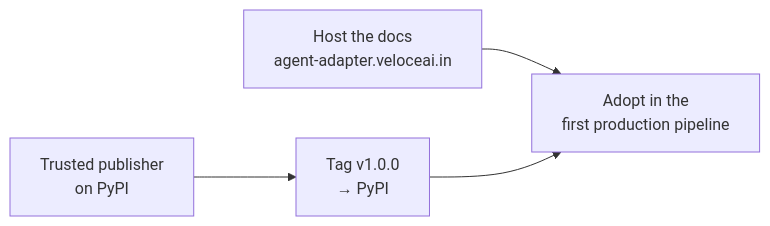
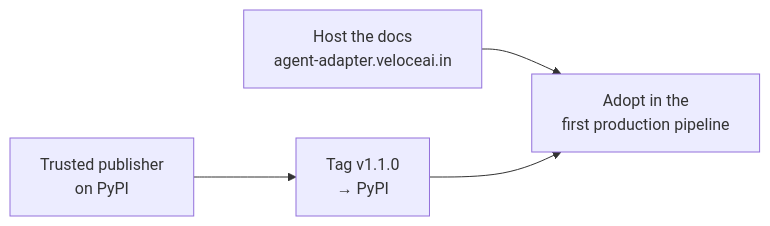
Before and after one commit to VeloceAI/agent-adapter: the diagram in NEXT_STEPS.md, drawn with Mermaid. The commit also changed other lines of this file and 654 other files, not shown here.

````diff
--- a/NEXT_STEPS.md
+++ b/NEXT_STEPS.md
@@ -7,6 +7,6 @@
 ```mermaid
 flowchart LR
-  T["Trusted publisher<br/>on PyPI"] --> P["Tag v1.0.0<br/>→ PyPI"]
+  T["Trusted publisher<br/>on PyPI"] --> P["Tag v1.1.0<br/>→ PyPI"]
   D["Host the docs<br/>agent-adapter.veloceai.in"] --> A["Adopt in the<br/>first production pipeline"]
   P --> A
 ```
````
